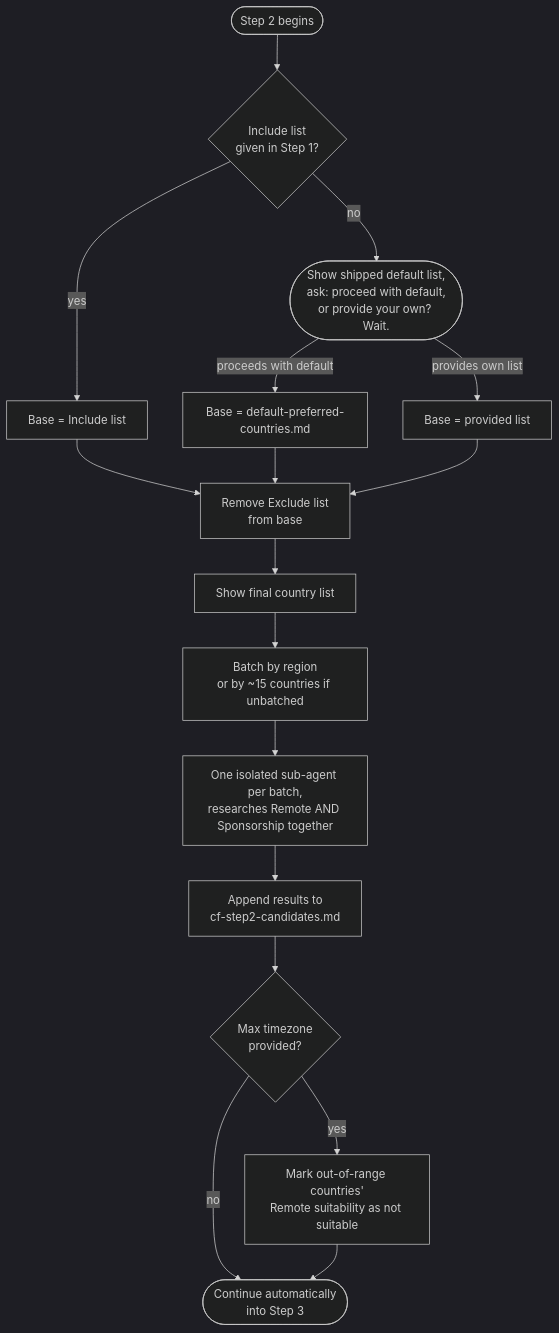
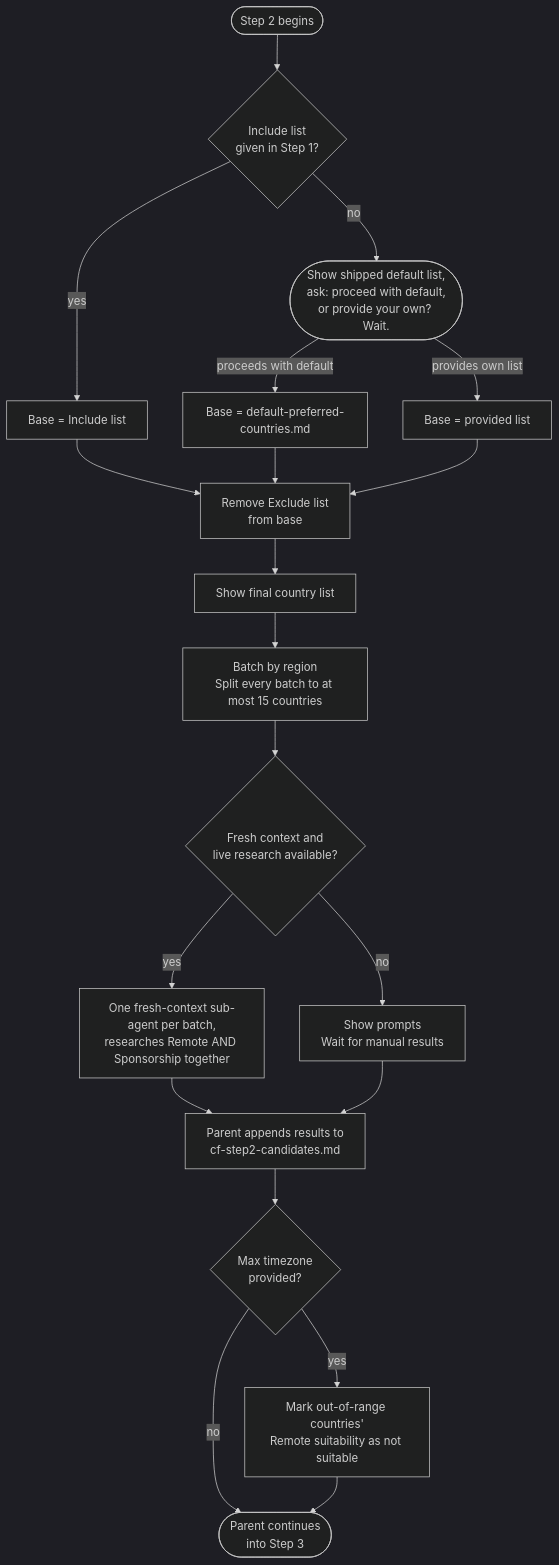
One commit to myowinthein/agent-compass changed the diagram in docs/commands/country-finder/step2-country-discovery.md. Above: the diagram before and after it, drawn with Mermaid (dark theme). The commit also changed other lines of this file and 41 other files, not shown here.

Commit message:
fix(workflows): fix shared workflow research and results

````diff
--- a/docs/commands/country-finder/step2-country-discovery.md
+++ b/docs/commands/country-finder/step2-country-discovery.md
@@ -14,21 +14,24 @@
 ```mermaid
 flowchart TD
   Start([Step 2 begins]) --> IncludeCheck{Include list\ngiven in Step 1?}
   IncludeCheck -->|yes| BaseInclude[Base = Include list]
   IncludeCheck -->|no| AskDefault([Show shipped default list,\nask: proceed with default,\nor provide your own? Wait.])
   AskDefault -->|proceeds with default| BaseDefault[Base = default-preferred-countries.md]
   AskDefault -->|provides own list| BaseOwn[Base = provided list]
 
   BaseInclude --> ExcludeStep
   BaseDefault --> ExcludeStep
   BaseOwn --> ExcludeStep
 
   ExcludeStep[Remove Exclude list\nfrom base] --> ShowList[Show final country list]
-  ShowList --> Batch[Batch by region\nor by ~15 countries if unbatched]
-  Batch --> Agents[One isolated sub-agent per batch,\nresearches Remote AND Sponsorship together]
-  Agents --> Append[Append results to\ncf-step2-candidates.md]
+  ShowList --> Batch[Batch by region\nSplit every batch to at most 15 countries]
+  Batch --> Capability{Fresh context and\nlive research available?}
+  Capability -->|yes| Agents[One fresh-context sub-agent per batch,\nresearches Remote AND Sponsorship together]
+  Capability -->|no| Manual[Show prompts\nWait for manual results]
+  Agents --> Append[Parent appends results to\ncf-step2-candidates.md]
+  Manual --> Append
   Append --> TZCheck{Max timezone\nprovided?}
   TZCheck -->|yes| MarkTZ[Mark out-of-range countries'\nRemote suitability as not suitable]
   TZCheck -->|no| Done
-  MarkTZ --> Done([Continue automatically\ninto Step 3])
+  MarkTZ --> Done([Parent continues\ninto Step 3])
 ```
````
